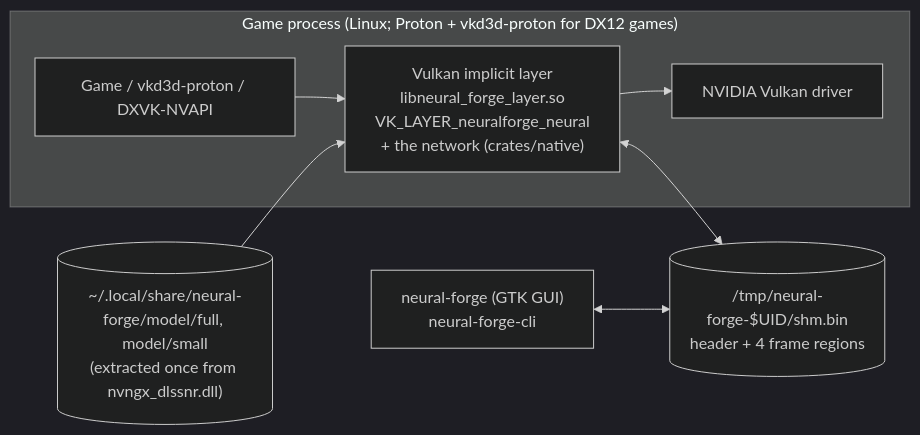
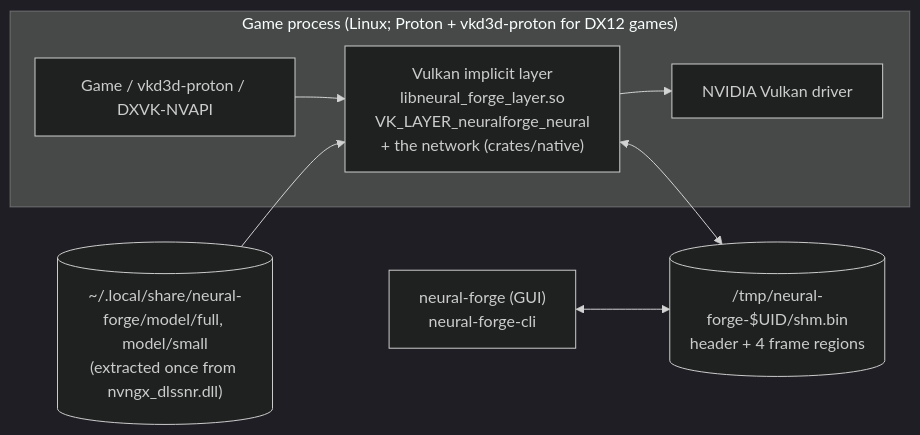
The first of 3 diagrams in docs/ARCHITECTURE.md (labj1987/neural-forge), drawn with Mermaid (dark theme) before and after one commit. The commit also changed other lines of this file and 39 other files, not shown here.

First line of the commit message:
Packaging without GTK: the GUI ships once, AppRun only checks the system libraries

````diff
--- a/docs/ARCHITECTURE.md
+++ b/docs/ARCHITECTURE.md
@@ -16,14 +16,14 @@
 ```mermaid
 flowchart LR
     subgraph game["Game process (Linux; Proton + vkd3d-proton for DX12 games)"]
         app["Game / vkd3d-proton / DXVK-NVAPI"]
         layer["Vulkan implicit layer<br/>libneural_forge_layer.so<br/>VK_LAYER_neuralforge_neural<br/>+ the network (crates/native)"]
         app --> layer --> driver["NVIDIA Vulkan driver"]
     end
     model[("~/.local/share/neural-forge/model/full, model/small<br/>(extracted once from nvngx_dlssnr.dll)")]
     shm[("/tmp/neural-forge-$UID/shm.bin<br/>header + 4 frame regions")]
-    gui["neural-forge (GTK GUI)<br/>neural-forge-cli"]
+    gui["neural-forge (GUI)<br/>neural-forge-cli"]
     model --> layer
     layer <--> shm
     gui <--> shm
 ```
````
